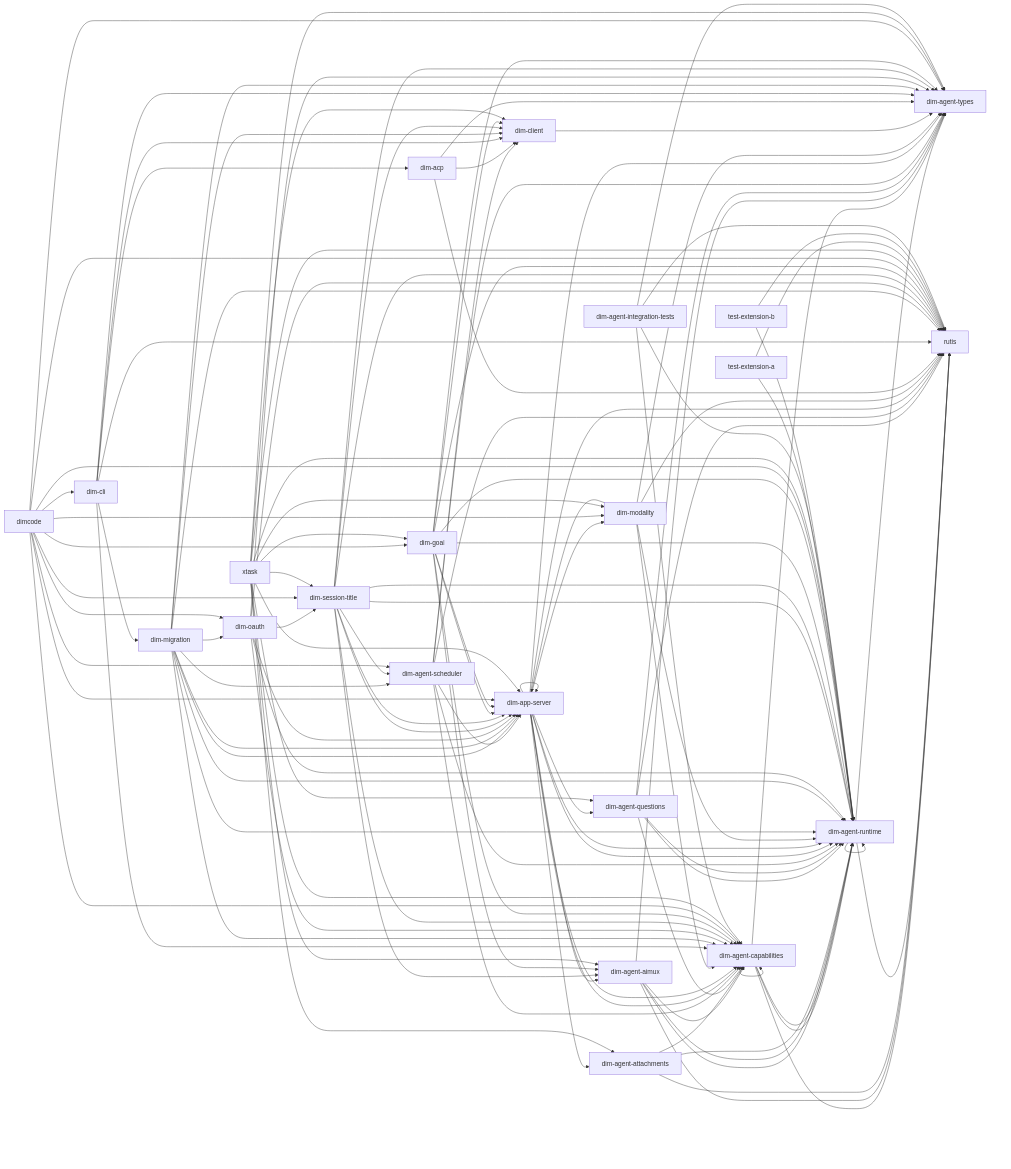
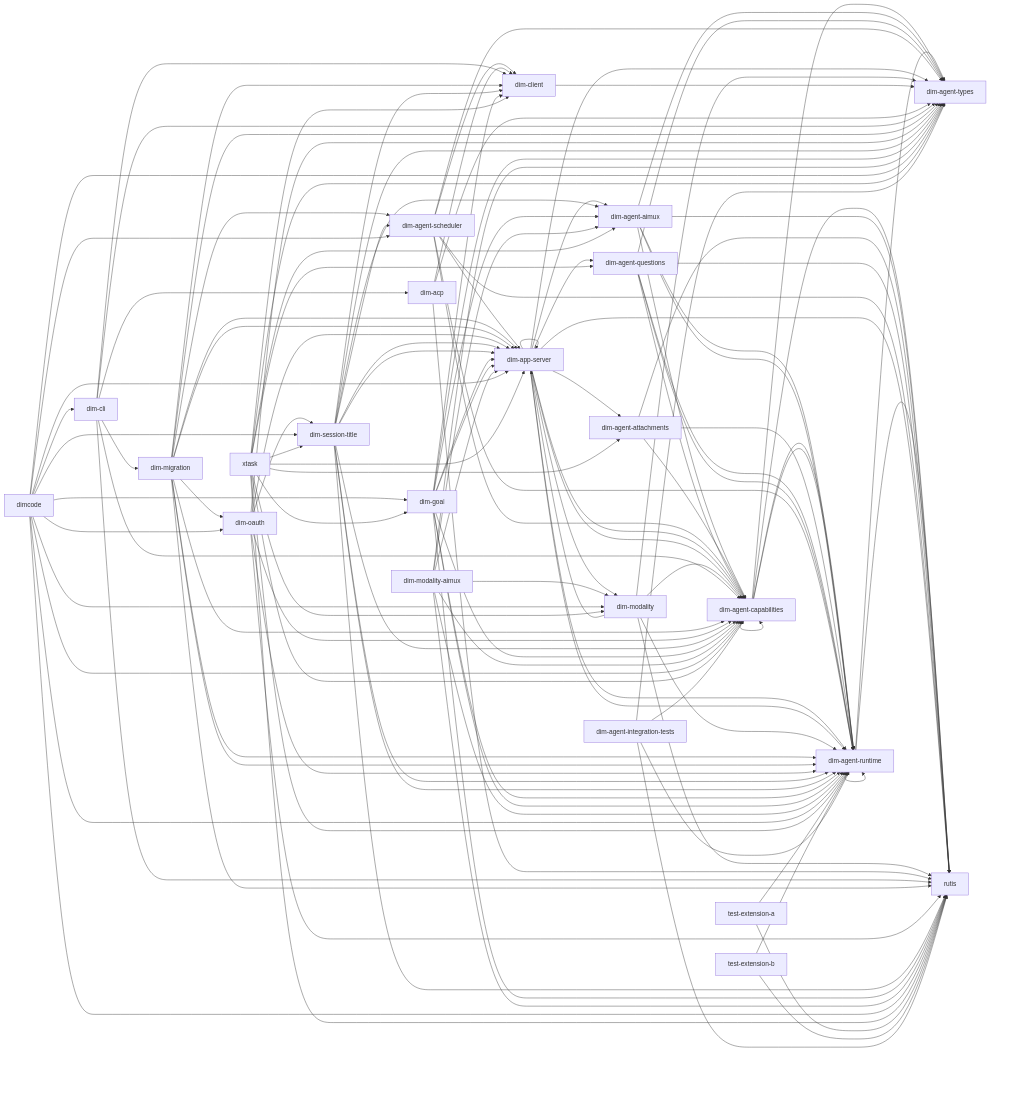
Before and after one commit to CoutinhoTTS/dim-agent: the diagram in docs/architecture/rust-agent/generated/crates.mmd, drawn with Mermaid. The commit also changed 13 other files, not shown here.

First line of the commit message:
feat(modality-aimux): add the media adapter with image generation and editing

```diff
--- a/docs/architecture/rust-agent/generated/crates.mmd
+++ b/docs/architecture/rust-agent/generated/crates.mmd
@@ -1,121 +1,128 @@
 %% Generated from cargo metadata; do not edit.
 flowchart LR
   dim_agent_runtime["dim-agent-runtime"] --> dim_agent_types["dim-agent-types"]
   dim_agent_runtime["dim-agent-runtime"] --> rutis["rutis"]
   dim_agent_runtime["dim-agent-runtime"] --> dim_agent_runtime["dim-agent-runtime"]
   dim_agent_capabilities["dim-agent-capabilities"] --> dim_agent_runtime["dim-agent-runtime"]
   dim_agent_capabilities["dim-agent-capabilities"] --> dim_agent_types["dim-agent-types"]
   dim_agent_capabilities["dim-agent-capabilities"] --> rutis["rutis"]
   dim_agent_capabilities["dim-agent-capabilities"] --> dim_agent_capabilities["dim-agent-capabilities"]
   dim_agent_capabilities["dim-agent-capabilities"] --> dim_agent_runtime["dim-agent-runtime"]
   dim_agent_aimux["dim-agent-aimux"] --> dim_agent_capabilities["dim-agent-capabilities"]
   dim_agent_aimux["dim-agent-aimux"] --> dim_agent_runtime["dim-agent-runtime"]
   dim_agent_aimux["dim-agent-aimux"] --> dim_agent_types["dim-agent-types"]
   dim_agent_aimux["dim-agent-aimux"] --> rutis["rutis"]
   dim_agent_aimux["dim-agent-aimux"] --> dim_agent_runtime["dim-agent-runtime"]
   dim_agent_attachments["dim-agent-attachments"] --> dim_agent_capabilities["dim-agent-capabilities"]
   dim_agent_attachments["dim-agent-attachments"] --> dim_agent_runtime["dim-agent-runtime"]
   dim_agent_attachments["dim-agent-attachments"] --> rutis["rutis"]
   dim_agent_questions["dim-agent-questions"] --> dim_agent_capabilities["dim-agent-capabilities"]
   dim_agent_questions["dim-agent-questions"] --> dim_agent_runtime["dim-agent-runtime"]
   dim_agent_questions["dim-agent-questions"] --> dim_agent_types["dim-agent-types"]
   dim_agent_questions["dim-agent-questions"] --> rutis["rutis"]
   dim_agent_questions["dim-agent-questions"] --> dim_agent_runtime["dim-agent-runtime"]
   dim_agent_scheduler["dim-agent-scheduler"] --> dim_agent_capabilities["dim-agent-capabilities"]
   dim_agent_scheduler["dim-agent-scheduler"] --> dim_agent_runtime["dim-agent-runtime"]
   dim_agent_scheduler["dim-agent-scheduler"] --> dim_agent_types["dim-agent-types"]
   dim_agent_scheduler["dim-agent-scheduler"] --> dim_app_server["dim-app-server"]
   dim_agent_scheduler["dim-agent-scheduler"] --> rutis["rutis"]
   dim_agent_scheduler["dim-agent-scheduler"] --> dim_client["dim-client"]
   dim_app_server["dim-app-server"] --> dim_agent_aimux["dim-agent-aimux"]
   dim_app_server["dim-app-server"] --> dim_agent_attachments["dim-agent-attachments"]
   dim_app_server["dim-app-server"] --> dim_agent_capabilities["dim-agent-capabilities"]
   dim_app_server["dim-app-server"] --> dim_agent_questions["dim-agent-questions"]
   dim_app_server["dim-app-server"] --> dim_agent_runtime["dim-agent-runtime"]
   dim_app_server["dim-app-server"] --> dim_agent_types["dim-agent-types"]
   dim_app_server["dim-app-server"] --> rutis["rutis"]
   dim_app_server["dim-app-server"] --> dim_agent_capabilities["dim-agent-capabilities"]
   dim_app_server["dim-app-server"] --> dim_agent_runtime["dim-agent-runtime"]
   dim_app_server["dim-app-server"] --> dim_app_server["dim-app-server"]
   dim_app_server["dim-app-server"] --> dim_modality["dim-modality"]
   dim_modality["dim-modality"] --> dim_agent_capabilities["dim-agent-capabilities"]
   dim_modality["dim-modality"] --> dim_agent_runtime["dim-agent-runtime"]
   dim_modality["dim-modality"] --> dim_agent_types["dim-agent-types"]
   dim_modality["dim-modality"] --> dim_app_server["dim-app-server"]
   dim_modality["dim-modality"] --> rutis["rutis"]
   dim_client["dim-client"] --> dim_agent_types["dim-agent-types"]
   dim_acp["dim-acp"] --> dim_agent_types["dim-agent-types"]
   dim_acp["dim-acp"] --> dim_client["dim-client"]
   dim_acp["dim-acp"] --> rutis["rutis"]
   dim_cli["dim-cli"] --> dim_acp["dim-acp"]
   dim_cli["dim-cli"] --> dim_agent_capabilities["dim-agent-capabilities"]
   dim_cli["dim-cli"] --> dim_agent_types["dim-agent-types"]
   dim_cli["dim-cli"] --> dim_client["dim-client"]
   dim_cli["dim-cli"] --> dim_migration["dim-migration"]
   dim_cli["dim-cli"] --> rutis["rutis"]
   dim_migration["dim-migration"] --> dim_agent_capabilities["dim-agent-capabilities"]
   dim_migration["dim-migration"] --> dim_agent_runtime["dim-agent-runtime"]
   dim_migration["dim-migration"] --> dim_agent_types["dim-agent-types"]
   dim_migration["dim-migration"] --> dim_app_server["dim-app-server"]
   dim_migration["dim-migration"] --> rutis["rutis"]
   dim_migration["dim-migration"] --> dim_agent_runtime["dim-agent-runtime"]
   dim_migration["dim-migration"] --> dim_agent_scheduler["dim-agent-scheduler"]
   dim_migration["dim-migration"] --> dim_app_server["dim-app-server"]
   dim_migration["dim-migration"] --> dim_client["dim-client"]
   dim_migration["dim-migration"] --> dim_oauth["dim-oauth"]
   dim_oauth["dim-oauth"] --> dim_agent_capabilities["dim-agent-capabilities"]
   dim_oauth["dim-oauth"] --> dim_agent_runtime["dim-agent-runtime"]
   dim_oauth["dim-oauth"] --> dim_app_server["dim-app-server"]
   dim_oauth["dim-oauth"] --> dim_session_title["dim-session-title"]
   dim_oauth["dim-oauth"] --> rutis["rutis"]
   dim_oauth["dim-oauth"] --> dim_agent_types["dim-agent-types"]
   dim_session_title["dim-session-title"] --> dim_agent_capabilities["dim-agent-capabilities"]
   dim_session_title["dim-session-title"] --> dim_agent_runtime["dim-agent-runtime"]
   dim_session_title["dim-session-title"] --> dim_agent_types["dim-agent-types"]
   dim_session_title["dim-session-title"] --> dim_app_server["dim-app-server"]
   dim_session_title["dim-session-title"] --> rutis["rutis"]
   dim_session_title["dim-session-title"] --> dim_agent_aimux["dim-agent-aimux"]
   dim_session_title["dim-session-title"] --> dim_agent_runtime["dim-agent-runtime"]
   dim_session_title["dim-session-title"] --> dim_agent_scheduler["dim-agent-scheduler"]
   dim_session_title["dim-session-title"] --> dim_app_server["dim-app-server"]
   dim_session_title["dim-session-title"] --> dim_client["dim-client"]
   dim_goal["dim-goal"] --> dim_agent_capabilities["dim-agent-capabilities"]
   dim_goal["dim-goal"] --> dim_agent_runtime["dim-agent-runtime"]
   dim_goal["dim-goal"] --> dim_agent_types["dim-agent-types"]
   dim_goal["dim-goal"] --> dim_app_server["dim-app-server"]
   dim_goal["dim-goal"] --> rutis["rutis"]
   dim_goal["dim-goal"] --> dim_agent_aimux["dim-agent-aimux"]
   dim_goal["dim-goal"] --> dim_agent_runtime["dim-agent-runtime"]
   dim_goal["dim-goal"] --> dim_app_server["dim-app-server"]
   dim_goal["dim-goal"] --> dim_client["dim-client"]
+  dim_modality_aimux["dim-modality-aimux"] --> dim_agent_aimux["dim-agent-aimux"]
+  dim_modality_aimux["dim-modality-aimux"] --> dim_agent_capabilities["dim-agent-capabilities"]
+  dim_modality_aimux["dim-modality-aimux"] --> dim_agent_runtime["dim-agent-runtime"]
+  dim_modality_aimux["dim-modality-aimux"] --> dim_agent_types["dim-agent-types"]
+  dim_modality_aimux["dim-modality-aimux"] --> dim_modality["dim-modality"]
+  dim_modality_aimux["dim-modality-aimux"] --> rutis["rutis"]
+  dim_modality_aimux["dim-modality-aimux"] --> dim_app_server["dim-app-server"]
   dimcode["dimcode"] --> dim_agent_runtime["dim-agent-runtime"]
   dimcode["dimcode"] --> dim_agent_scheduler["dim-agent-scheduler"]
   dimcode["dimcode"] --> dim_app_server["dim-app-server"]
   dimcode["dimcode"] --> dim_cli["dim-cli"]
   dimcode["dimcode"] --> dim_goal["dim-goal"]
   dimcode["dimcode"] --> dim_modality["dim-modality"]
   dimcode["dimcode"] --> dim_oauth["dim-oauth"]
   dimcode["dimcode"] --> dim_session_title["dim-session-title"]
   dimcode["dimcode"] --> dim_agent_capabilities["dim-agent-capabilities"]
   dimcode["dimcode"] --> dim_agent_types["dim-agent-types"]
   dimcode["dimcode"] --> rutis["rutis"]
   xtask["xtask"] --> dim_agent_aimux["dim-agent-aimux"]
   xtask["xtask"] --> dim_agent_attachments["dim-agent-attachments"]
   xtask["xtask"] --> dim_agent_capabilities["dim-agent-capabilities"]
   xtask["xtask"] --> dim_agent_questions["dim-agent-questions"]
   xtask["xtask"] --> dim_agent_runtime["dim-agent-runtime"]
   xtask["xtask"] --> dim_agent_types["dim-agent-types"]
   xtask["xtask"] --> dim_app_server["dim-app-server"]
   xtask["xtask"] --> dim_client["dim-client"]
   xtask["xtask"] --> dim_goal["dim-goal"]
   xtask["xtask"] --> dim_modality["dim-modality"]
   xtask["xtask"] --> dim_session_title["dim-session-title"]
   xtask["xtask"] --> rutis["rutis"]
   test_extension_a["test-extension-a"] --> dim_agent_runtime["dim-agent-runtime"]
   test_extension_a["test-extension-a"] --> rutis["rutis"]
   test_extension_b["test-extension-b"] --> dim_agent_runtime["dim-agent-runtime"]
   test_extension_b["test-extension-b"] --> rutis["rutis"]
   dim_agent_integration_tests["dim-agent-integration-tests"] --> dim_agent_capabilities["dim-agent-capabilities"]
   dim_agent_integration_tests["dim-agent-integration-tests"] --> dim_agent_runtime["dim-agent-runtime"]
   dim_agent_integration_tests["dim-agent-integration-tests"] --> dim_agent_types["dim-agent-types"]
   dim_agent_integration_tests["dim-agent-integration-tests"] --> rutis["rutis"]
```
